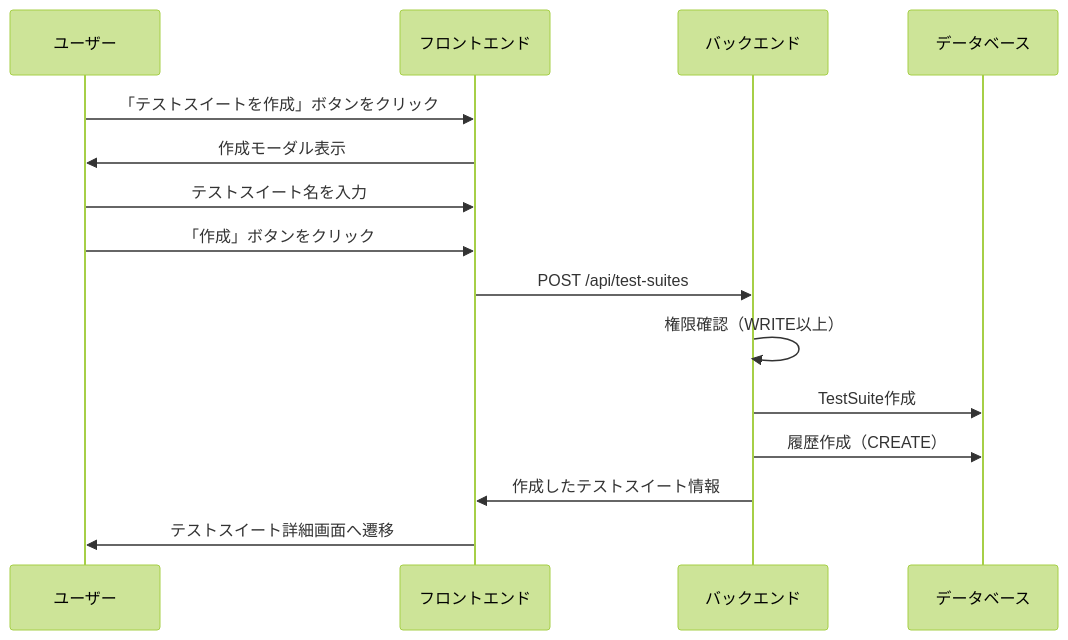
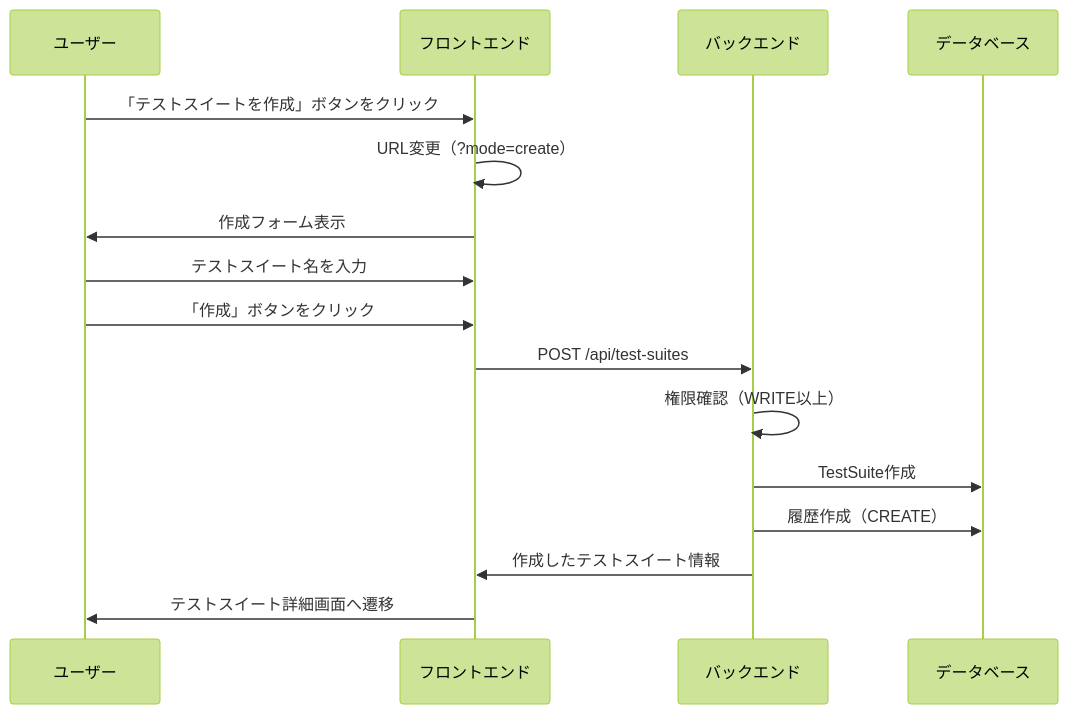
One commit to tsutsumi389/agentest changed the first of 7 diagrams in docs/architecture/features/test-suite-management.md. Above: the diagram before and after it, drawn with Mermaid (forest theme). The commit also changed other lines of this file and 3 other files, not shown here.

````diff
--- a/docs/architecture/features/test-suite-management.md
+++ b/docs/architecture/features/test-suite-management.md
@@ -160,18 +166,19 @@
 ```mermaid
 sequenceDiagram
     participant U as ユーザー
     participant F as フロントエンド
     participant B as バックエンド
     participant DB as データベース
 
     U->>F: 「テストスイートを作成」ボタンをクリック
-    F->>U: 作成モーダル表示
+    F->>F: URL変更（?mode=create）
+    F->>U: 作成フォーム表示
     U->>F: テストスイート名を入力
     U->>F: 「作成」ボタンをクリック
     F->>B: POST /api/test-suites
     B->>B: 権限確認（WRITE以上）
     B->>DB: TestSuite作成
     B->>DB: 履歴作成（CREATE）
     B->>F: 作成したテストスイート情報
     F->>U: テストスイート詳細画面へ遷移
 ```
````
